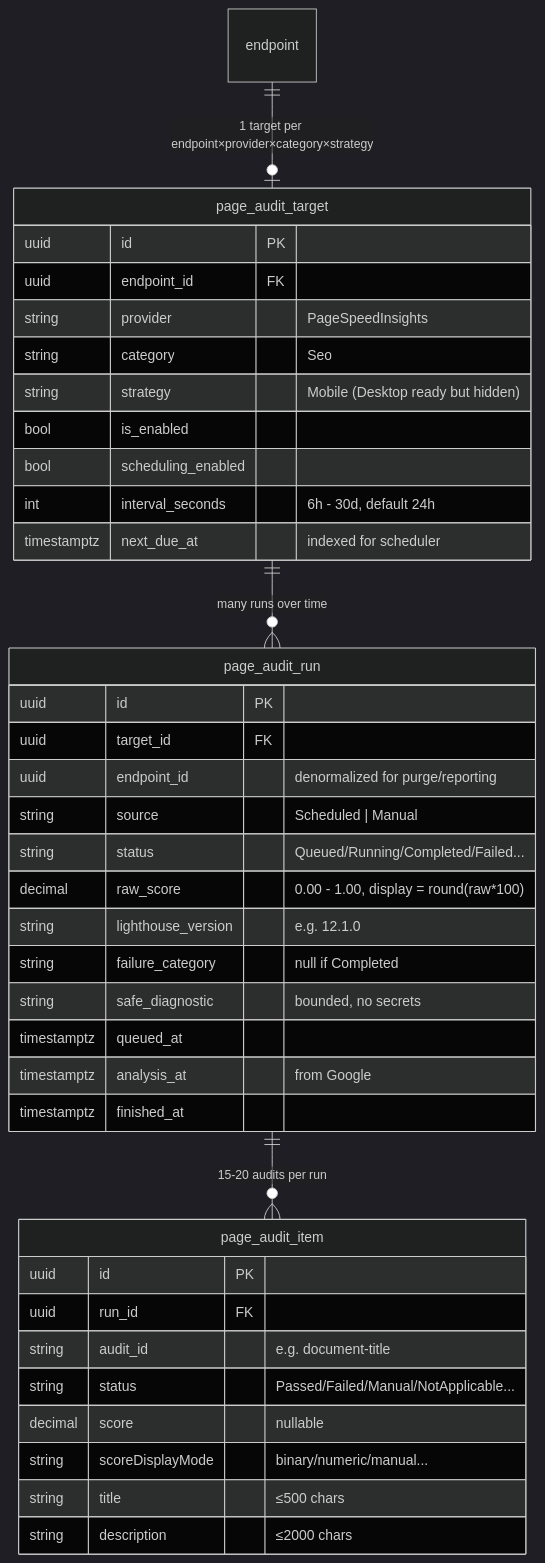
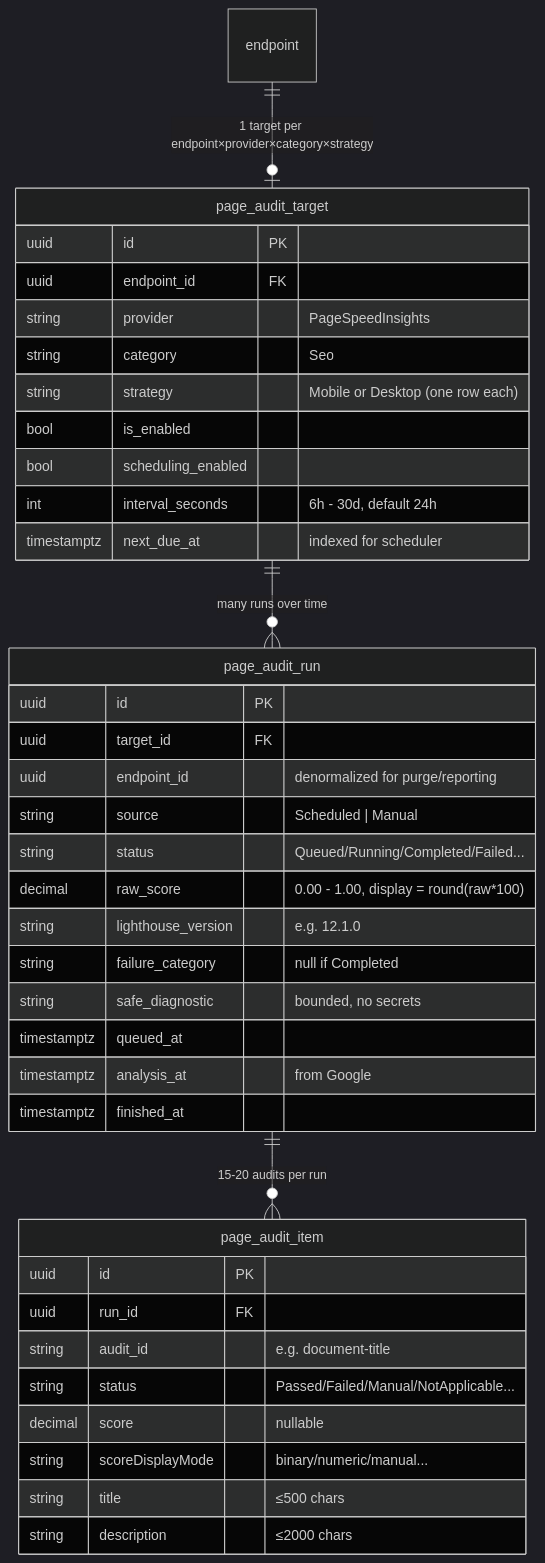
Before and after one commit to hadinajem52/WebHealthProject: the fourth of 8 diagrams in docs/phase-7/SEO_Integration_Explained.md, drawn with Mermaid (dark theme). The commit also changed other lines of this file and 22 other files, not shown here.

First line of the commit message:
Add migration to create desktop audit targets for existing mobile endpoints

````diff
--- a/docs/phase-7/SEO_Integration_Explained.md
+++ b/docs/phase-7/SEO_Integration_Explained.md
@@ -144,42 +144,42 @@
 ```mermaid
 erDiagram
     endpoint ||--o| page_audit_target : "1 target per endpoint×provider×category×strategy"
     page_audit_target ||--o{ page_audit_run : "many runs over time"
     page_audit_run ||--o{ page_audit_item : "15-20 audits per run"
 
     page_audit_target {
         uuid id PK
         uuid endpoint_id FK
         string provider "PageSpeedInsights"
         string category "Seo"
-        string strategy "Mobile (Desktop ready but hidden)"
+        string strategy "Mobile or Desktop (one row each)"
         bool is_enabled
         bool scheduling_enabled
         int interval_seconds "6h - 30d, default 24h"
         timestamptz next_due_at "indexed for scheduler"
     }
     page_audit_run {
         uuid id PK
         uuid target_id FK
         uuid endpoint_id "denormalized for purge/reporting"
         string source "Scheduled | Manual"
         string status "Queued/Running/Completed/Failed..."
         decimal raw_score "0.00 - 1.00, display = round(raw*100)"
         string lighthouse_version "e.g. 12.1.0"
         string failure_category "null if Completed"
         string safe_diagnostic "bounded, no secrets"
         timestamptz queued_at
         timestamptz analysis_at "from Google"
         timestamptz finished_at
     }
     page_audit_item {
         uuid id PK
         uuid run_id FK
         string audit_id "e.g. document-title"
         string status "Passed/Failed/Manual/NotApplicable..."
         decimal score "nullable"
         string scoreDisplayMode "binary/numeric/manual..."
         string title "≤500 chars"
         string description "≤2000 chars"
     }
 ```
````
